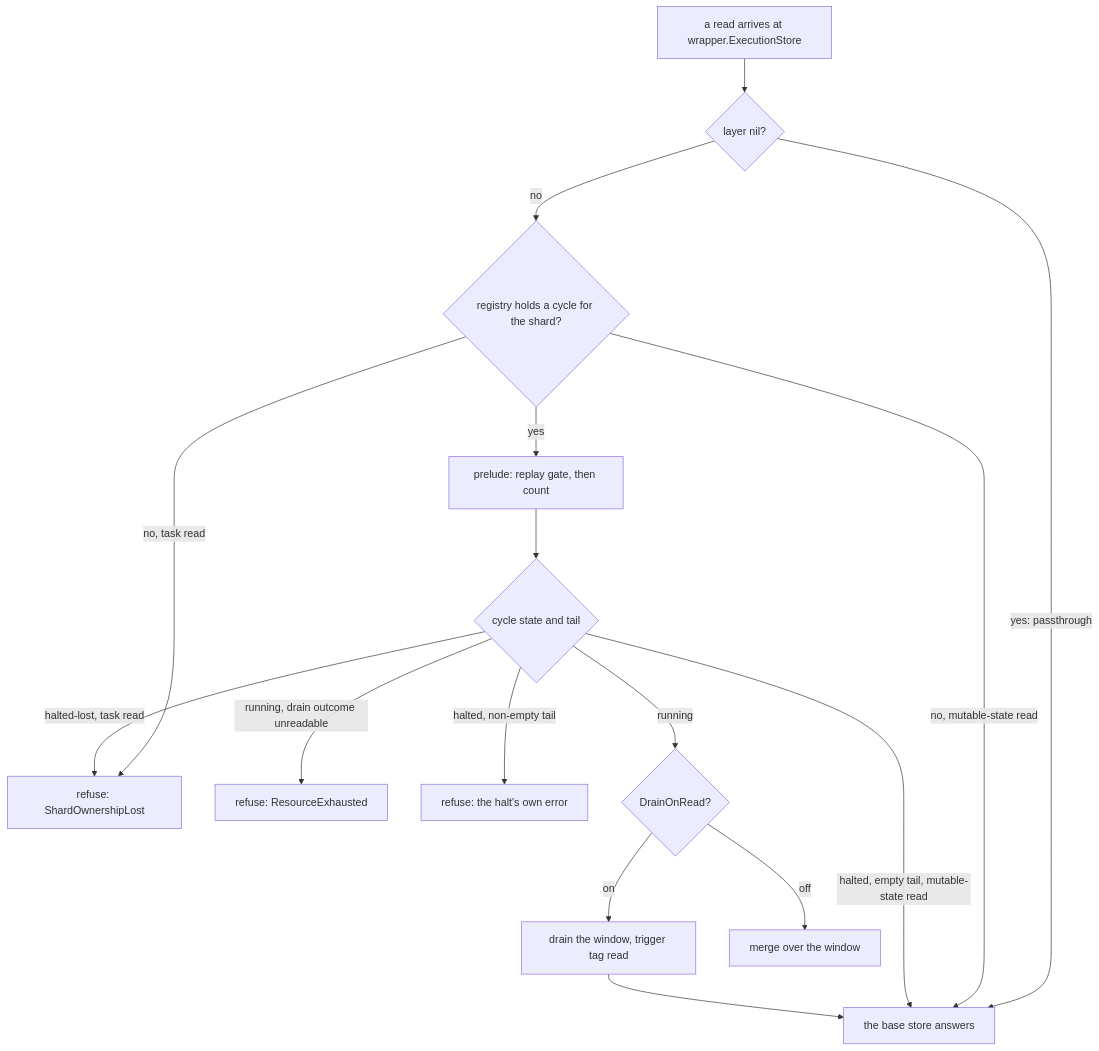
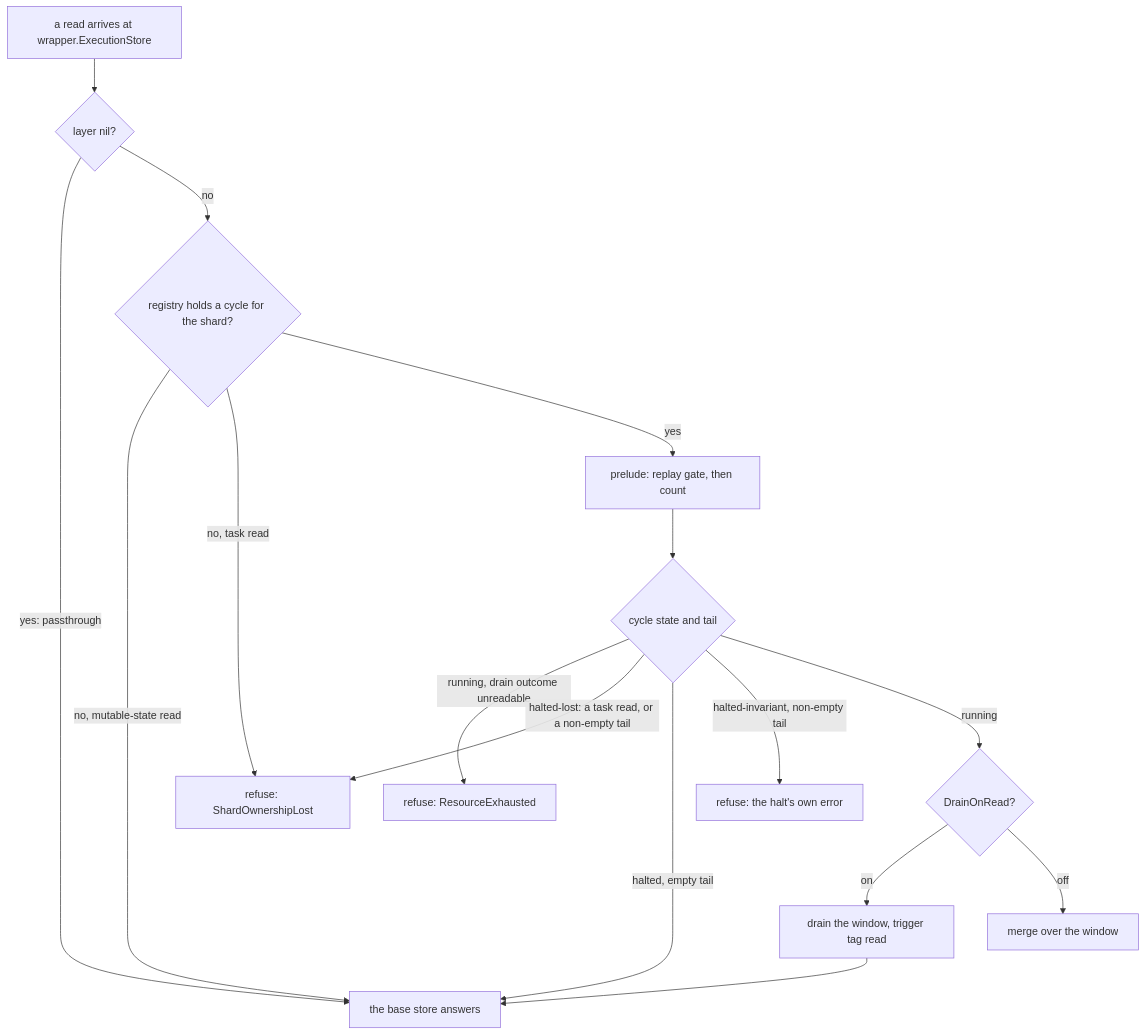
One commit to aromanovich/waltz changed the first of 4 diagrams in docs/handbook/07-read-path.md. Above: the diagram before and after it, drawn with Mermaid. The commit also changed other lines of this file and 4 other files, not shown here.

````diff
--- a/docs/handbook/07-read-path.md
+++ b/docs/handbook/07-read-path.md
@@ -129,18 +129,18 @@
 ```mermaid
 flowchart TD
     A["a read arrives at wrapper.ExecutionStore"] --> B{"layer nil?"}
     B -->|"yes: passthrough"| Z["the base store answers"]
     B -->|"no"| C{"registry holds a cycle for the shard?"}
     C -->|"no, mutable-state read"| Z
     C -->|"no, task read"| L["refuse: ShardOwnershipLost"]
     C -->|"yes"| D["prelude: replay gate, then count"]
     D --> E{"cycle state and tail"}
     E -->|"running, drain outcome unreadable"| R["refuse: ResourceExhausted"]
-    E -->|"halted, empty tail, mutable-state read"| Z
-    E -->|"halted-lost, task read"| L
-    E -->|"halted, non-empty tail"| H["refuse: the halt's own error"]
+    E -->|"halted-lost: a task read, or a non-empty tail"| L
+    E -->|"halted, empty tail"| Z
+    E -->|"halted-invariant, non-empty tail"| H["refuse: the halt's own error"]
     E -->|"running"| F{"DrainOnRead?"}
     F -->|"on"| G["drain the window, trigger tag read"]
     G --> Z
     F -->|"off"| M["merge over the window"]
 ```
````
